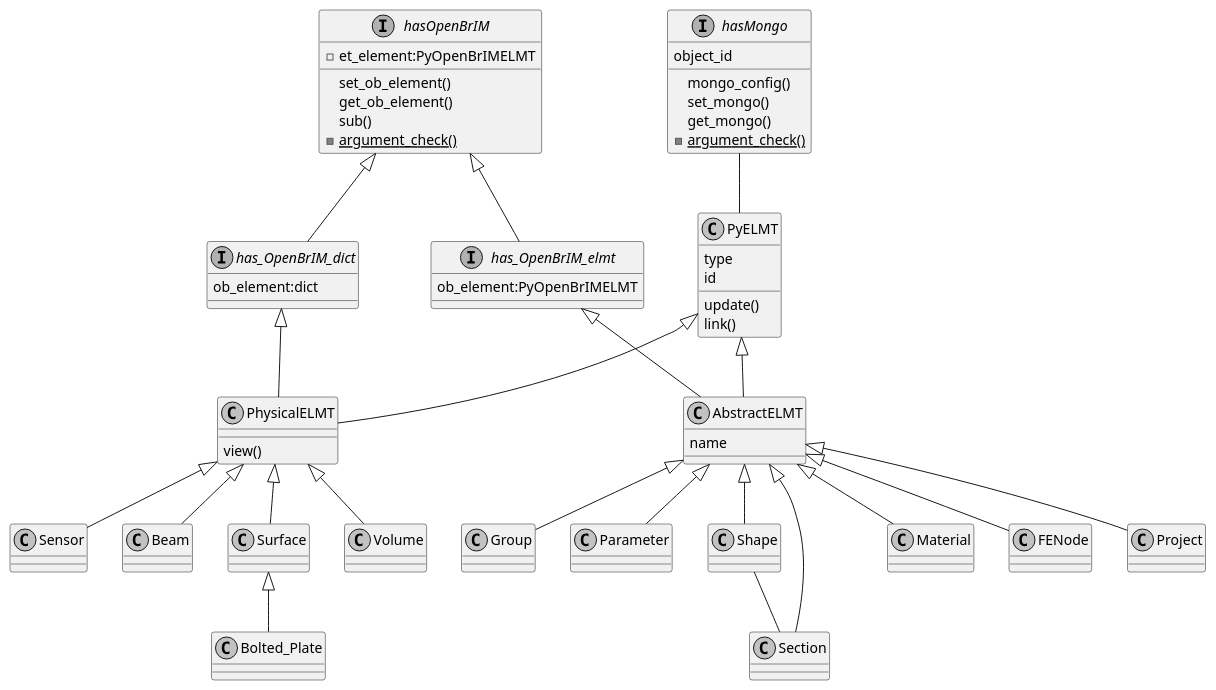
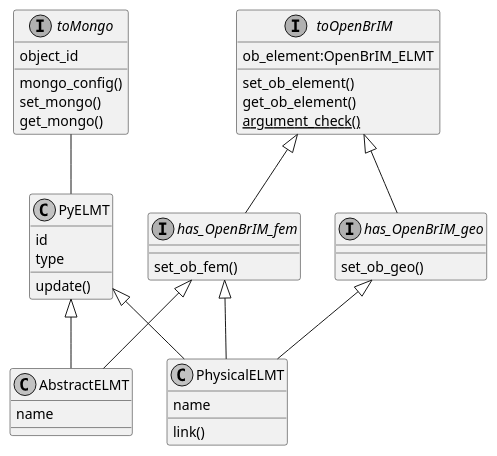
The diagram in Notes & Diagrams/BMS_BrIM_class.puml (YidongQIN/PyBMS_BrIM), drawn with PlantUML before and after one commit. The commit also changed 1 other file, not shown here.

Commit message:
diagrams

```diff
--- a/Notes & Diagrams/BMS_BrIM_class.puml
+++ b/Notes & Diagrams/BMS_BrIM_class.puml
@@ -1,114 +1,105 @@
 @startuml
 
 top to bottom direction
 ' left to right direction
 
 skinparam shadowing false
 skinparam monochrome true
 
 skinparam class {
 
     ' BackgroundColor White
     ' ArrowColor Black
     ' BorderColor Black
 }
 
-Interface hasMongo{
+Interface toMongo{
     object_id
     mongo_config()
     set_mongo()
     get_mongo()
-    - {static} argument_check()
 }
 
-hasMongo -- PyELMT
+toMongo -- PyELMT
 
 
 class PyELMT{
+    id
     type
-    id
     update()
-    link()
 }
 
 class AbstractELMT{
     name
 }
 
 class PhysicalELMT{
-    view()
+    name
+    link()
 }
 
 ' hide PhysicalELMT circle
 
-Interface hasOpenBrIM{
-    - et_element:PyOpenBrIMELMT
+Interface toOpenBrIM{
+    ob_element:OpenBrIM_ELMT
     set_ob_element()
     get_ob_element()
-    sub()
-    - {static} argument_check()
+    {static} argument_check()
 }
 
-Interface has_OpenBrIM_elmt{
-    ob_element:PyOpenBrIMELMT
+Interface has_OpenBrIM_fem{
+    set_ob_fem()
 }
 
-Interface has_OpenBrIM_dict{
-    ob_element:dict
+Interface has_OpenBrIM_geo{
+    set_ob_geo()
 }
 
 'together {
 '    class PyELMT
-'    ' class AbstractELMT
-'    ' class PhysicalELMT
-'    Interface hasMongo
-'    Interface hasOpenBrIM
+'    class AbstractELMT
+'    class PhysicalELMT
+'    Interface toMongo
+'    Interface toOpenBrIM
 '}
 
 PyELMT <|-- AbstractELMT
 PyELMT <|-- PhysicalELMT
-has_OpenBrIM_elmt <|-- AbstractELMT
-has_OpenBrIM_dict <|-- PhysicalELMT
+has_OpenBrIM_fem <|-- AbstractELMT
+has_OpenBrIM_fem <|-- PhysicalELMT
+has_OpenBrIM_geo <|-- PhysicalELMT
 
-hasOpenBrIM <|-- has_OpenBrIM_elmt
-hasOpenBrIM <|-- has_OpenBrIM_dict
+toOpenBrIM <|-- has_OpenBrIM_fem
+toOpenBrIM <|-- has_OpenBrIM_geo
 
-class Project
-class Group
-class Parameter
-class Shape
-class Section
-class Material
-class FENode
+' class Project
+' class Group
+' class Parameter
+' class Shape
+' class Section
+' class Material
+' class FENode
 
-'together {
-'    class Project
-'    class Group
-'}
 
-AbstractELMT <|-- Project
-AbstractELMT <|-- Group
-AbstractELMT <|-- Parameter
-AbstractELMT <|-- Shape
-AbstractELMT <|-- Section
-AbstractELMT <|-- Material
-AbstractELMT <|-- FENode
-Shape -- Section
-' Material -- Section
+' AbstractELMT <|-- Project
+' AbstractELMT <|-- Group
+' AbstractELMT <|-- Parameter
+' AbstractELMT <|-- Shape
+' AbstractELMT <|-- Section
+' AbstractELMT <|-- Material
+' AbstractELMT <|-- FENode
+' Shape -- Section
 
-class Beam
-class Surface
-class Bolted_Plate
-class Volume
-class Sensor
+' class Beam
+' class Surface
+' class Bolted_Plate
+' class Volume
+' class Sensor
 
-PhysicalELMT <|-- Beam
-PhysicalELMT <|-- Surface
-Surface <|-- Bolted_Plate
-PhysicalELMT <|-- Volume
-PhysicalELMT <|-- Sensor
-
-' Beam -- Section
-' Beam -- Material
+' PhysicalELMT <|-- Beam
+' PhysicalELMT <|-- Surface
+' Surface <|-- Bolted_Plate
+' PhysicalELMT <|-- Volume
+' PhysicalELMT <|-- Sensor
 
 @enduml
```
